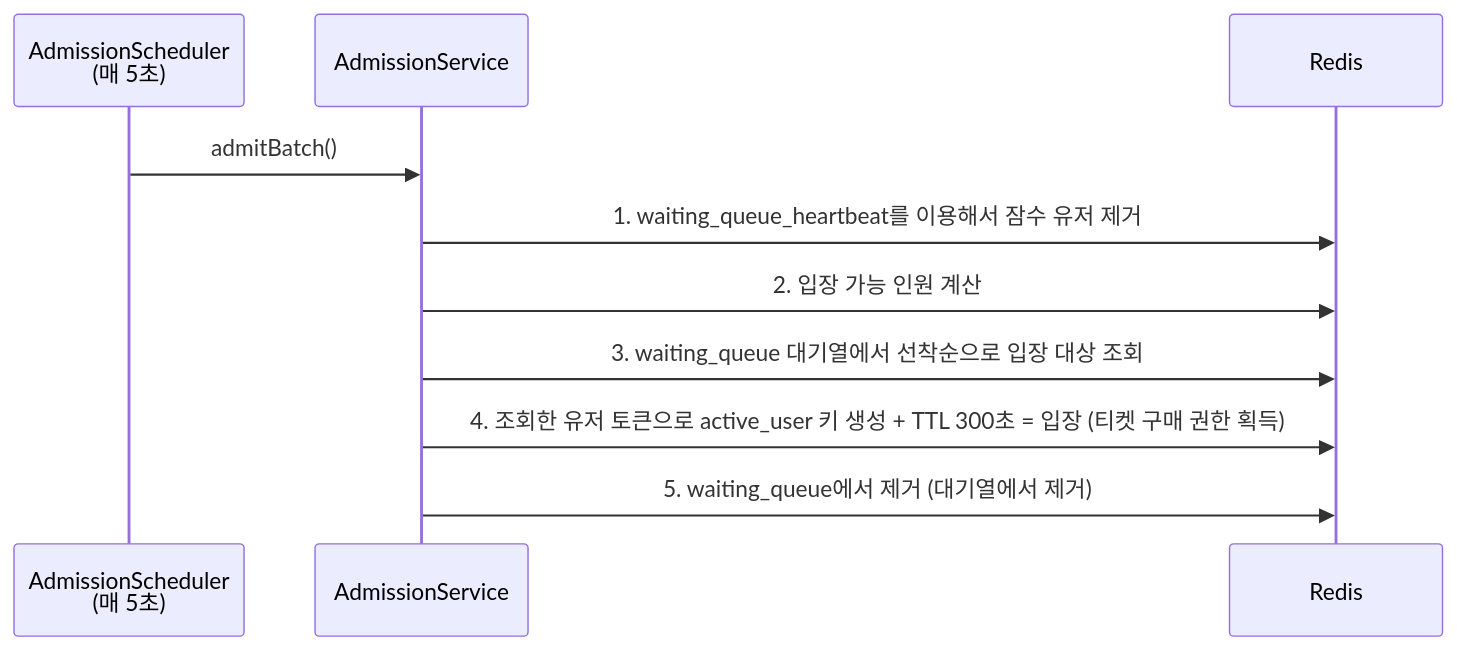
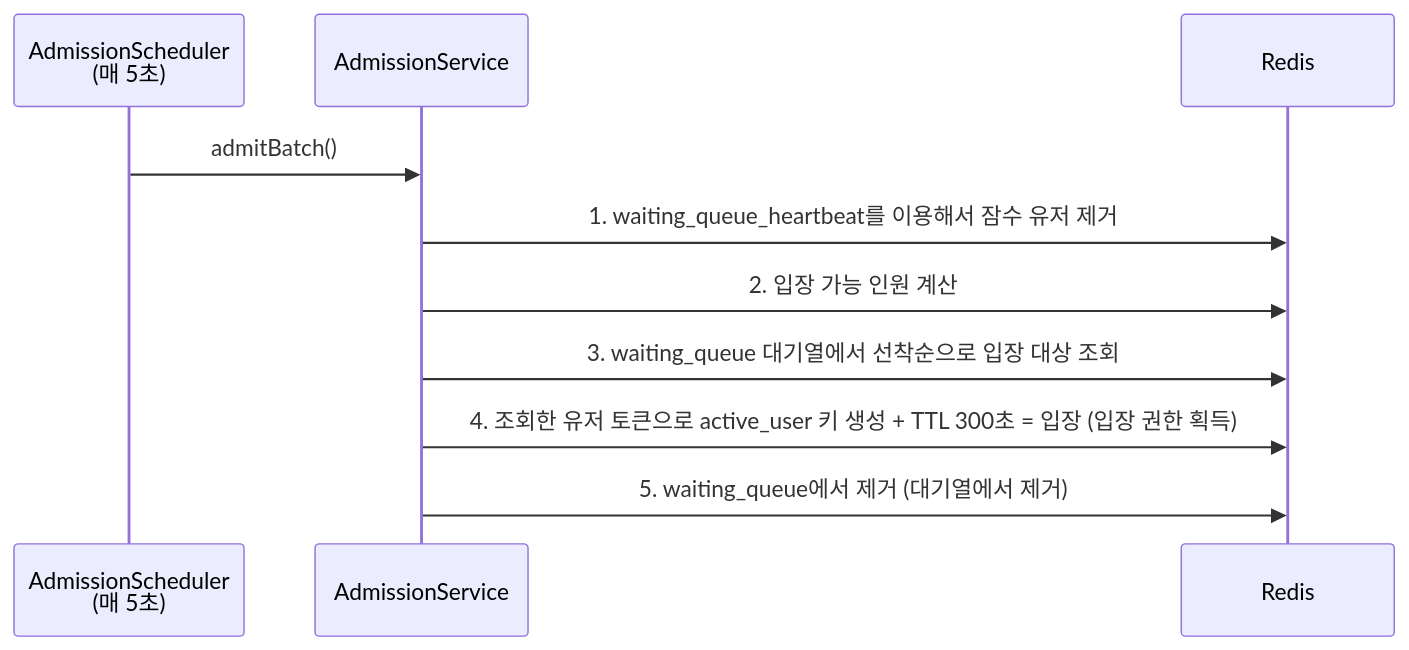
One commit to irnd04/zticket changed the fourth of 8 diagrams in README.md. Above: the diagram before and after it, drawn with Mermaid. The commit also changed other lines of this file, not shown here.

Commit message:
docs: 구매플로우 문구 수정

````diff
--- a/README.md
+++ b/README.md
@@ -122,14 +122,14 @@
 ```mermaid
 sequenceDiagram
     participant S as AdmissionScheduler<br/>(매 5초)
     participant AS as AdmissionService
     participant R as Redis
 
     S->>AS: admitBatch()
 
     AS->>R: 1. waiting_queue_heartbeat를 이용해서 잠수 유저 제거
     AS->>R: 2. 입장 가능 인원 계산
     AS->>R: 3. waiting_queue 대기열에서 선착순으로 입장 대상 조회
-    AS->>R: 4. 조회한 유저 토큰으로 active_user 키 생성 + TTL 300초 = 입장 (티켓 구매 권한 획득) 
+    AS->>R: 4. 조회한 유저 토큰으로 active_user 키 생성 + TTL 300초 = 입장 (입장 권한 획득) 
     AS->>R: 5. waiting_queue에서 제거 (대기열에서 제거)
 ```
````
